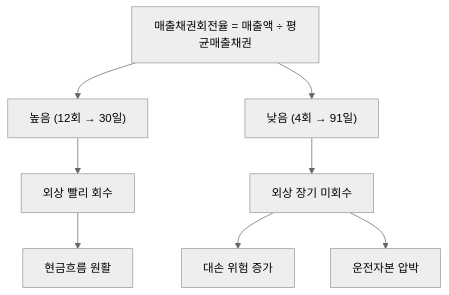
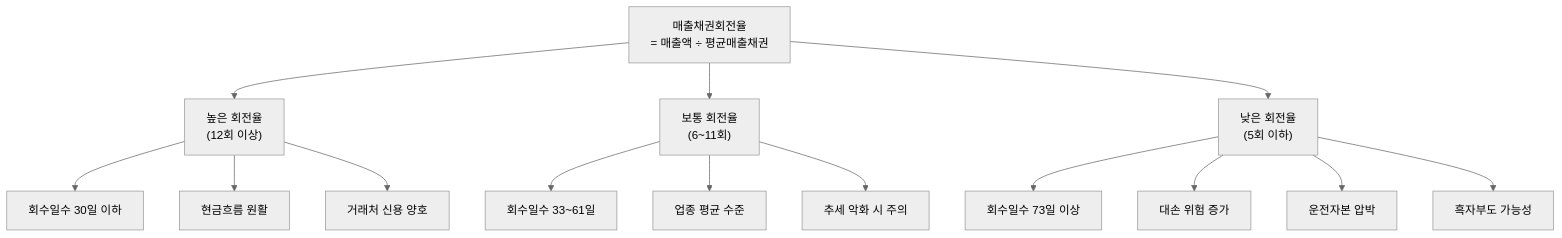
Before and after one commit to yeongseon/stock-visual-note: the diagram in content/stock-terms/ko/level-04-ratios/receivables-turnover.md, drawn with Mermaid (neutral theme). The commit also changed other lines of this file, not shown here.

Commit message:
content: rewrite receivables-turnover.md — CCC 계산 시나리오, 연령분석 설명, 13노드 Mermaid, 4개 오해 추가

````diff
--- a/content/stock-terms/ko/level-04-ratios/receivables-turnover.md
+++ b/content/stock-terms/ko/level-04-ratios/receivables-turnover.md
@@ -39,11 +47,20 @@
 ```mermaid
 graph TD
-    A["매출채권회전율 = 매출액 ÷ 평균매출채권"]
-    A --> B["높음 (12회 → 30일)"]
-    A --> C["낮음 (4회 → 91일)"]
-    B --> D["외상 빨리 회수"]
-    C --> E["외상 장기 미회수"]
-    D --> F["현금흐름 원활"]
-    E --> G["대손 위험 증가"]
-    E --> H["운전자본 압박"]
+    A["매출채권회전율<br>= 매출액 ÷ 평균매출채권"]
+    A --> B["높은 회전율<br>(12회 이상)"]
+    A --> C["보통 회전율<br>(6~11회)"]
+    A --> D["낮은 회전율<br>(5회 이하)"]
+
+    B --> B1["회수일수 30일 이하"]
+    B --> B2["현금흐름 원활"]
+    B --> B3["거래처 신용 양호"]
+
+    C --> C1["회수일수 33~61일"]
+    C --> C2["업종 평균 수준"]
+    C --> C3["추세 악화 시 주의"]
+
+    D --> D1["회수일수 73일 이상"]
+    D --> D2["대손 위험 증가"]
+    D --> D3["운전자본 압박"]
+    D --> D4["흑자부도 가능성"]
 ```
````
